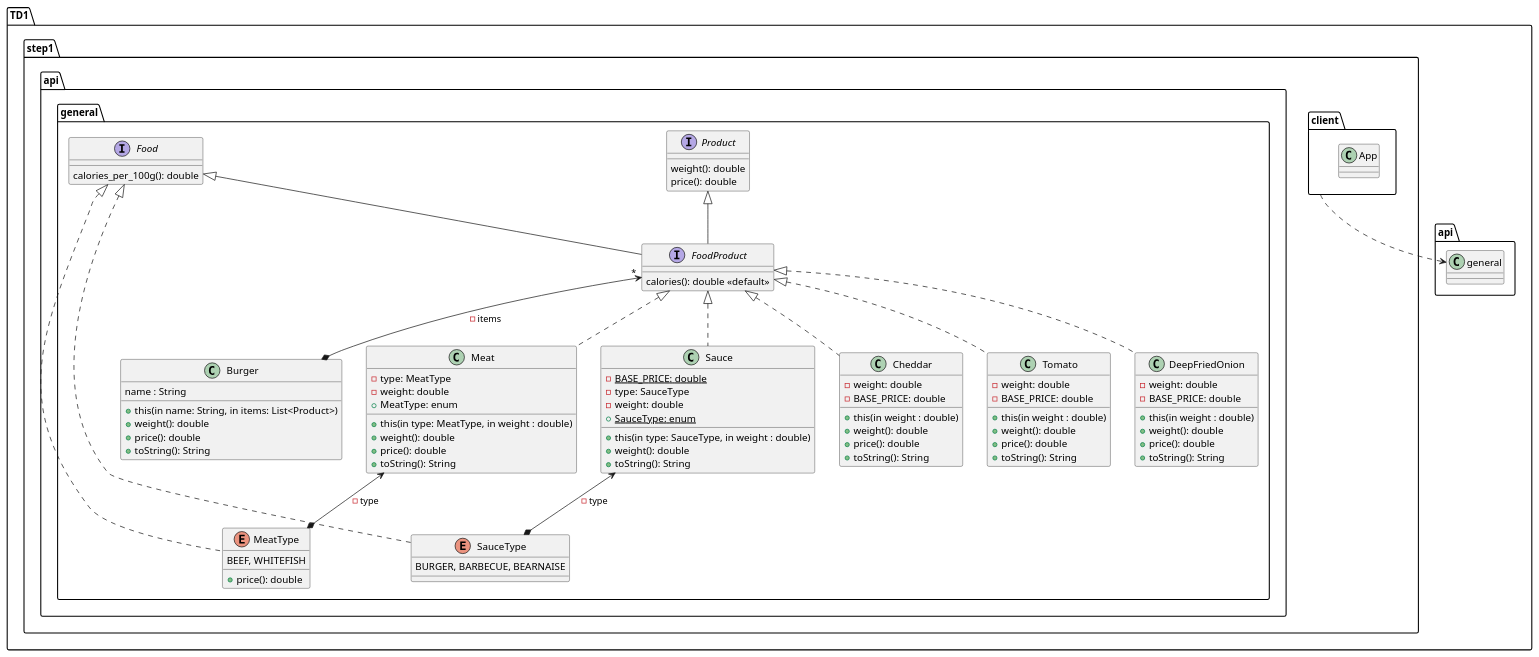
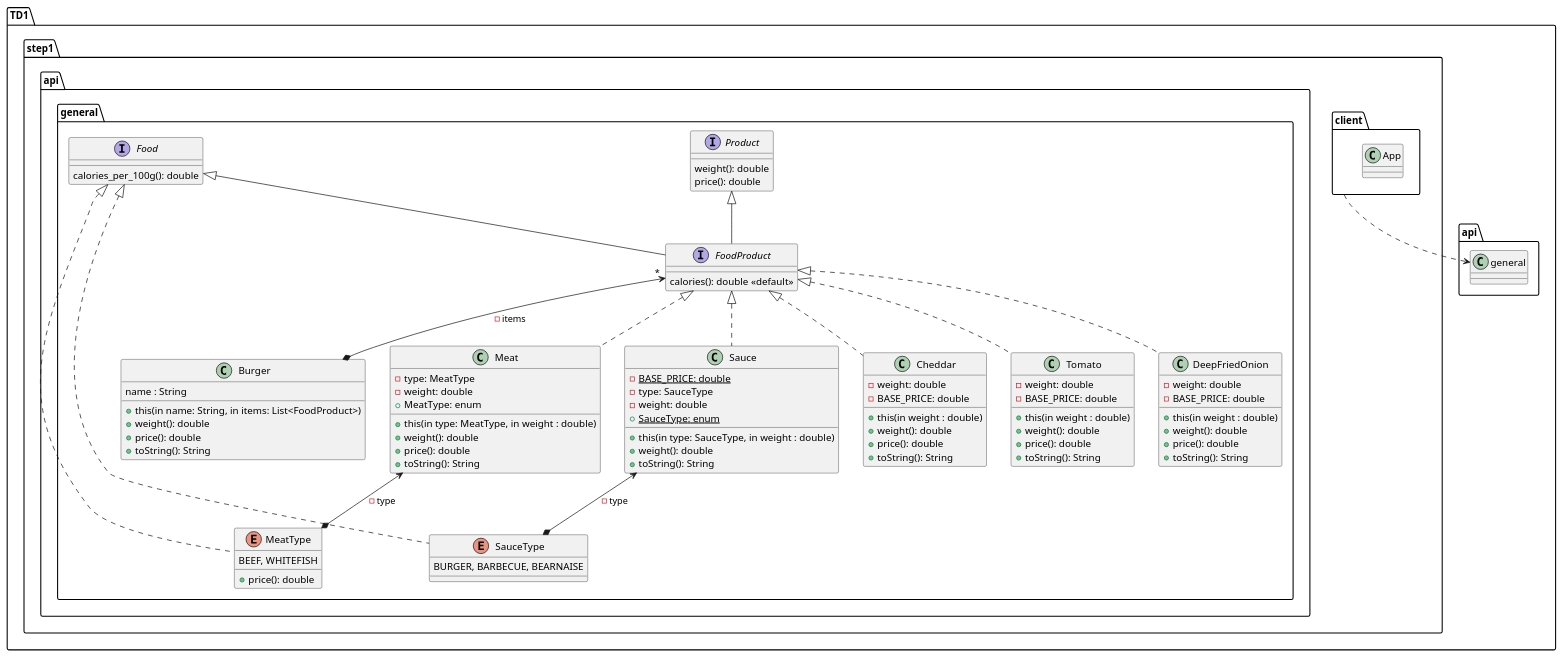
Before and after one commit to KrishnarashTHEVAKUMARAN/mapc: the diagram in td1/app/src/main/java/td1/step1/TD1Step1.puml, drawn with PlantUML. The commit also changed 12 other files, not shown here.

```diff
--- a/td1/app/src/main/java/td1/step1/TD1Step1.puml
+++ b/td1/app/src/main/java/td1/step1/TD1Step1.puml
@@ -1,107 +1,107 @@
 @startuml TD1Step1
 package TD1 {
   package step1 {
     package api.general {
         interface Product{
             weight(): double
             price(): double
         }
 
         interface Food{
             calories_per_100g(): double
         }
 
         interface FoodProduct extends Food, Product{
             calories(): double <<default>>
         }
 
         class Burger{
             name : String
 
-            +this(in name: String, in items: List<Product>)
+            +this(in name: String, in items: List<FoodProduct>)
             +weight(): double
             +price(): double
             +toString(): String
         }
 
         class Sauce implements FoodProduct{
             -BASE_PRICE: {static} double
             -type: SauceType
             -weight: double
             +SauceType: {static} enum
 
             +this(in type: SauceType, in weight : double)
             +weight(): double
             +toString(): String
         }
 
         class Meat implements FoodProduct{
             -type: MeatType
             -weight: double
             +MeatType: enum
 
             +this(in type: MeatType, in weight : double)
             +weight(): double
             +price(): double
             +toString(): String
         }
 
         class Cheddar implements FoodProduct{
             -weight: double
             -BASE_PRICE: double
 
             +this(in weight : double)
             +weight(): double
             +price(): double
             +toString(): String
         }
 
         class Tomato implements FoodProduct{
             -weight: double
             -BASE_PRICE: double
 
             +this(in weight : double)
             +weight(): double
             +price(): double
             +toString(): String
         }
 
         class DeepFriedOnion implements FoodProduct{
             -weight: double
             -BASE_PRICE: double
 
             +this(in weight : double)
             +weight(): double
             +price(): double
             +toString(): String
         }
 
         enum SauceType implements Food{
             BURGER, BARBECUE, BEARNAISE
         }
 
         enum MeatType implements Food{
             BEEF, WHITEFISH
             +price(): double
         }
 
 
             FoodProduct "*" <--*  Burger : -items
 
             Sauce <--* SauceType : -type
             Meat <--* MeatType : -type
     }
 
     package client {
         class App
     }
 
   }
 
   client ..> api.general
 
 }
 
 
 
 @enduml
```
